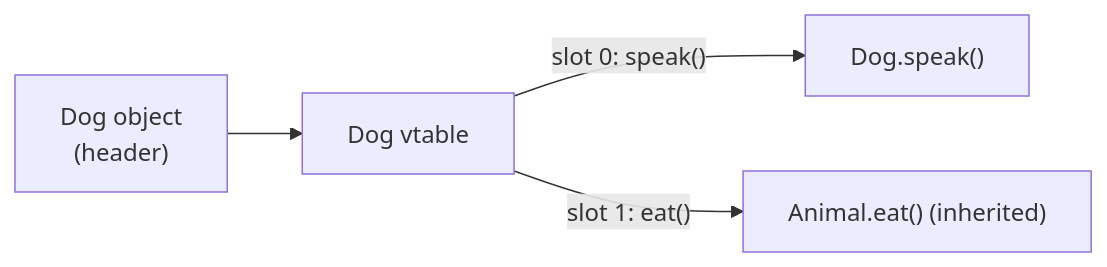
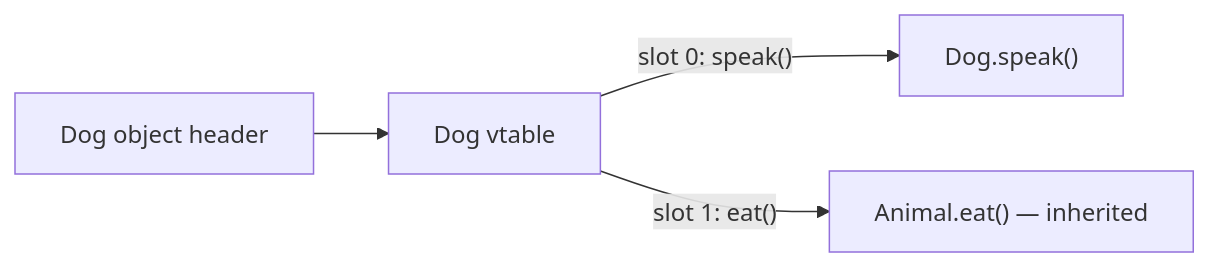
Before and after one commit to mohammad-mriesh-job/cortex: the first of 2 diagrams in src/modules/oop/content/04-advanced/02-method-resolution-and-dispatch.md, drawn with Mermaid. The commit also changed other lines of this file and 257 other files, not shown here.

````diff
--- a/src/modules/oop/content/04-advanced/02-method-resolution-and-dispatch.md
+++ b/src/modules/oop/content/04-advanced/02-method-resolution-and-dispatch.md
@@ -26,6 +26,6 @@
 ```mermaid
 flowchart LR
-  obj["Dog object<br/>(header)"] --> vt["Dog vtable"]
+  obj["Dog object header"] --> vt["Dog vtable"]
   vt -->|"slot 0: speak()"| ds["Dog.speak()"]
-  vt -->|"slot 1: eat()"| ae["Animal.eat() (inherited)"]
+  vt -->|"slot 1: eat()"| ae["Animal.eat() — inherited"]
 ```
````
